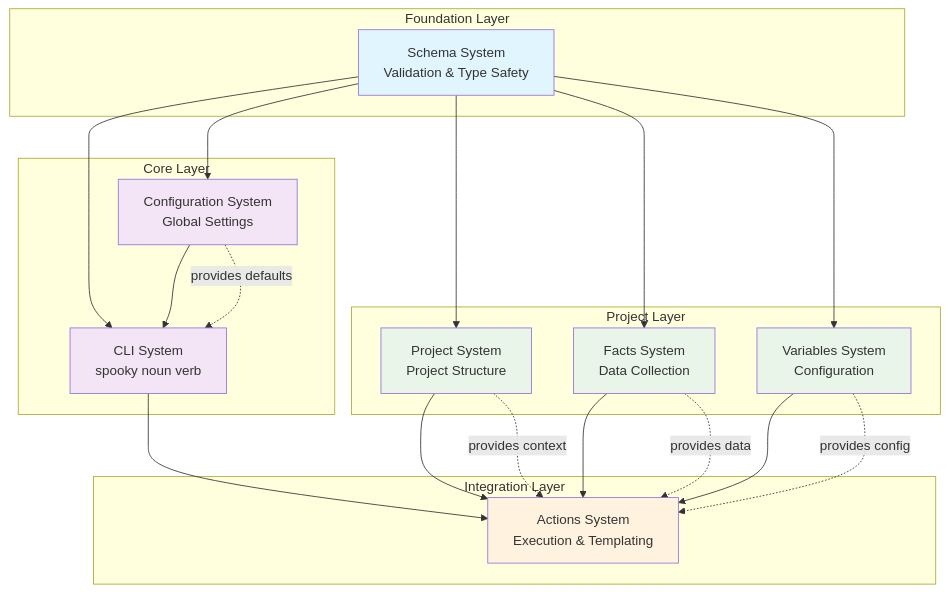
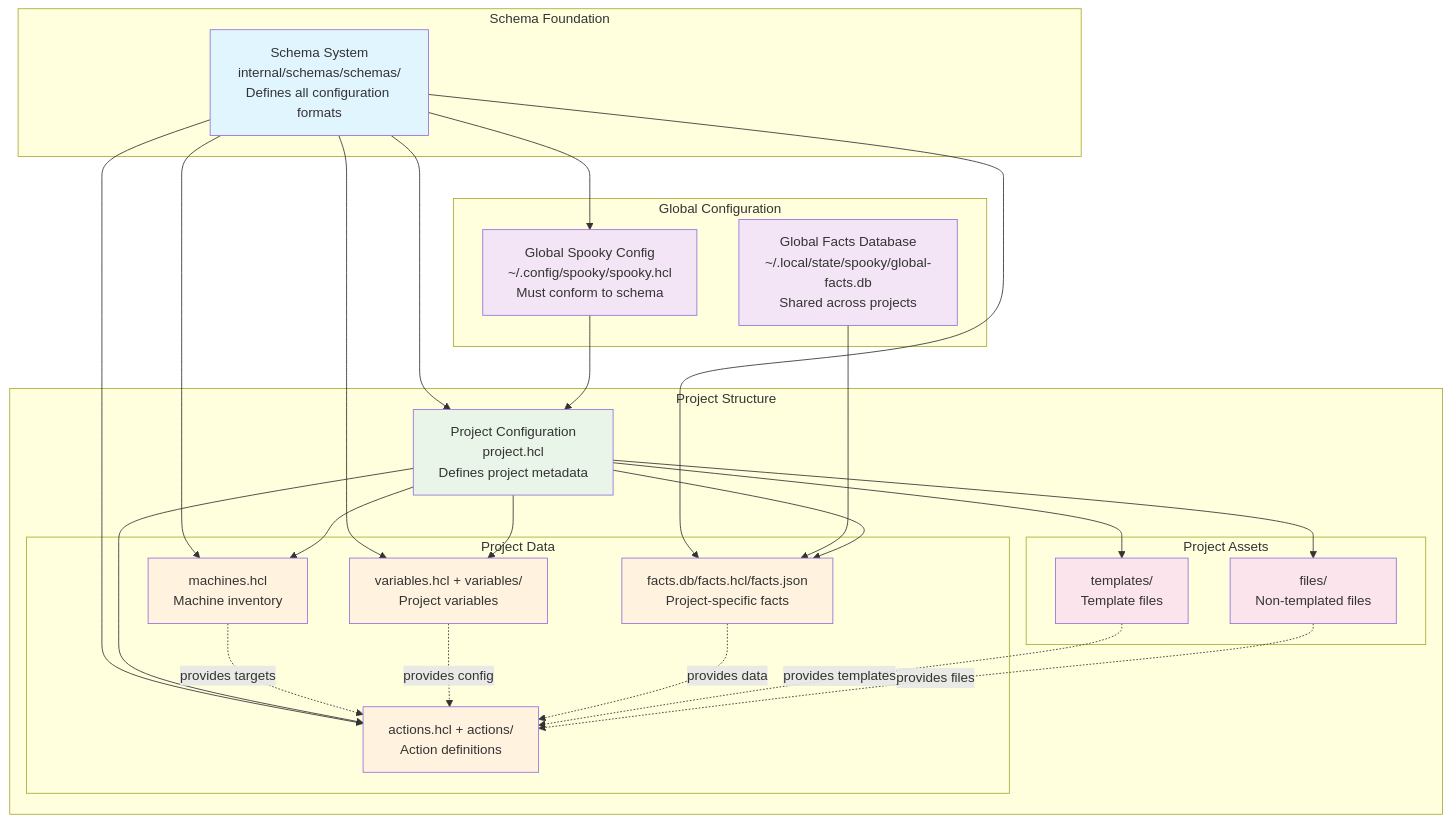
One commit to snassar/spooky changed the first of 2 diagrams in docs/design/spooky-design.md. Above: the diagram before and after it, drawn with Mermaid.

Commit message:
Push again

````diff
--- a/docs/design/spooky-design.md
+++ b/docs/design/spooky-design.md
@@ -20,51 +20,65 @@
 ```mermaid
 graph TD
-    subgraph "Foundation Layer"
-        SCHEMAS[Schema System<br/>Validation & Type Safety]
+    subgraph "Schema Foundation"
+        SCHEMAS[Schema System<br/>internal/schemas/schemas/<br/>Defines all configuration formats]
     end
     
-    subgraph "Core Layer"
-        CLI[CLI System<br/>spooky noun verb]
-        CONFIG[Configuration System<br/>Global Settings]
+    subgraph "Global Configuration"
+        GLOBAL[Global Spooky Config<br/>~/.config/spooky/spooky.hcl<br/>Must conform to schema]
+        GLOBAL_FACTS[Global Facts Database<br/>~/.local/state/spooky/global-facts.db<br/>Shared across projects]
     end
     
-    subgraph "Project Layer"
-        PROJECT[Project System<br/>Project Structure]
-        FACTS[Facts System<br/>Data Collection]
-        VARS[Variables System<br/>Configuration]
+    subgraph "Project Structure"
+        PROJECT[Project Configuration<br/>project.hcl<br/>Defines project metadata]
+        
+        subgraph "Project Data"
+            MACHINES[machines.hcl<br/>Machine inventory]
+            ACTIONS[actions.hcl + actions/<br/>Action definitions]
+            VARIABLES[variables.hcl + variables/<br/>Project variables]
+            FACTS[facts.db/facts.hcl/facts.json<br/>Project-specific facts]
+        end
+        
+        subgraph "Project Assets"
+            TEMPLATES[templates/<br/>Template files]
+            FILES[files/<br/>Non-templated files]
+        end
     end
     
-    subgraph "Integration Layer"
-        ACTIONS[Actions System<br/>Execution & Templating]
-    end
+    %% Schema validation relationships
+    SCHEMAS --> GLOBAL
+    SCHEMAS --> PROJECT
+    SCHEMAS --> MACHINES
+    SCHEMAS --> ACTIONS
+    SCHEMAS --> VARIABLES
+    SCHEMAS --> FACTS
     
-    %% Foundation dependencies
-    SCHEMAS --> CLI
-    SCHEMAS --> CONFIG
-    SCHEMAS --> PROJECT
-    SCHEMAS --> FACTS
-    SCHEMAS --> VARS
+    %% Configuration relationships
+    GLOBAL --> PROJECT
+    GLOBAL_FACTS --> FACTS
     
-    %% Core dependencies
-    CONFIG --> CLI
+    %% Project data relationships
+    PROJECT --> MACHINES
+    PROJECT --> ACTIONS
+    PROJECT --> VARIABLES
+    PROJECT --> FACTS
+    PROJECT --> TEMPLATES
+    PROJECT --> FILES
     
-    %% Project layer dependencies
-    PROJECT --> ACTIONS
-    FACTS --> ACTIONS
-    VARS --> ACTIONS
-    CLI --> ACTIONS
-    
-    %% Data flow
-    CONFIG -.->|provides defaults| CLI
+    %% Data flow for execution
+    MACHINES -.->|provides targets| ACTIONS
+    VARIABLES -.->|provides config| ACTIONS
     FACTS -.->|provides data| ACTIONS
-    VARS -.->|provides config| ACTIONS
-    PROJECT -.->|provides context| ACTIONS
+    TEMPLATES -.->|provides templates| ACTIONS
+    FILES -.->|provides files| ACTIONS
     
     style SCHEMAS fill:#e1f5fe
-    style CLI fill:#f3e5f5
-    style CONFIG fill:#f3e5f5
+    style GLOBAL fill:#f3e5f5
+    style GLOBAL_FACTS fill:#f3e5f5
     style PROJECT fill:#e8f5e8
-    style FACTS fill:#e8f5e8
-    style VARS fill:#e8f5e8
+    style MACHINES fill:#fff3e0
     style ACTIONS fill:#fff3e0
+    style VARIABLES fill:#fff3e0
+    style FACTS fill:#fff3e0
+    style TEMPLATES fill:#fce4ec
+    style FILES fill:#fce4ec
 ```
````
